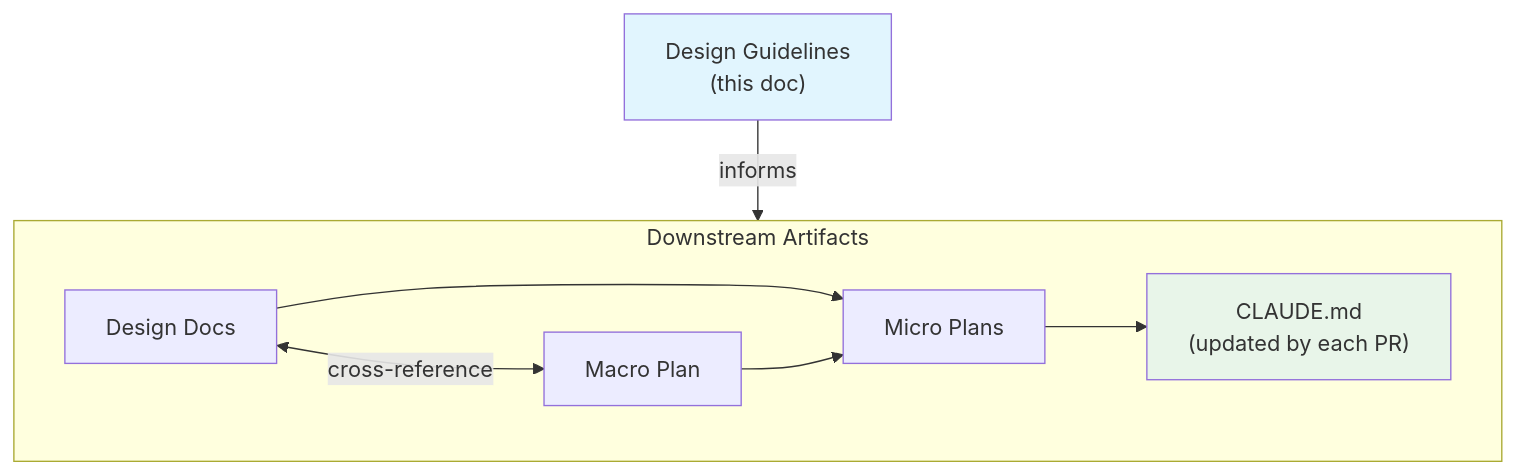
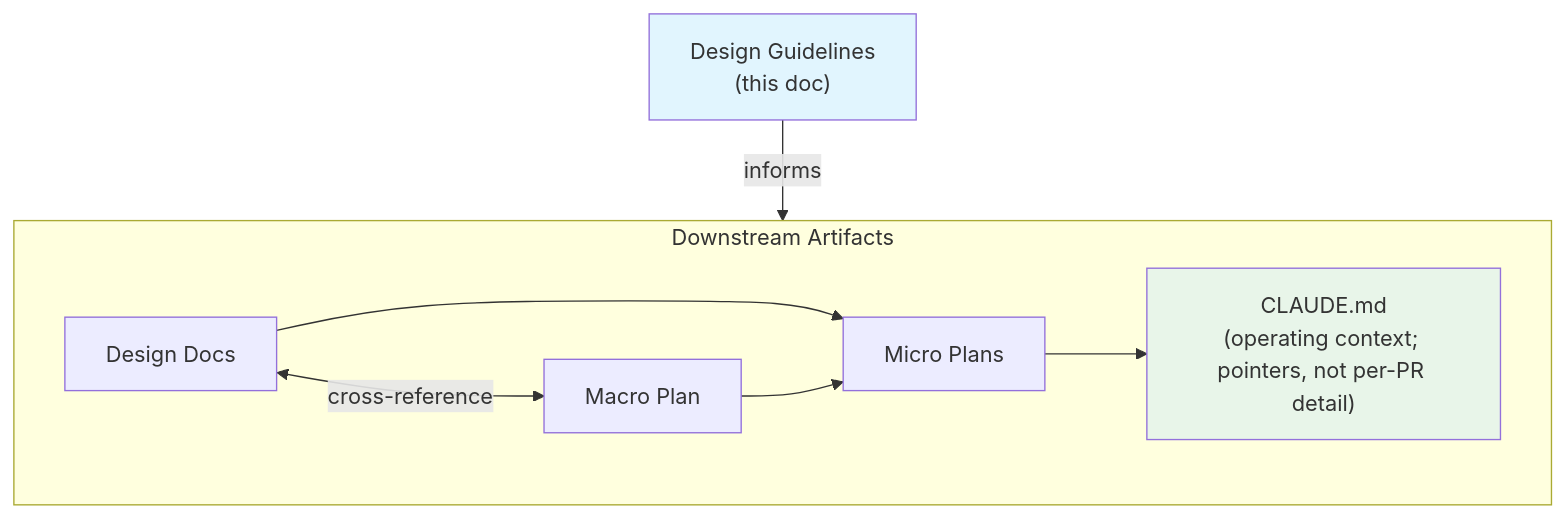
One commit to inference-sim/inference-sim changed the first of 2 diagrams in docs/contributing/templates/design-guidelines.md. Above: the diagram before and after it, drawn with Mermaid. The commit also changed other lines of this file and 13 other files, not shown here.

First line of the commit message:
docs(claude): shrink CLAUDE.md to operating-context minimum + guard regrowth (#1825)

````diff
--- a/docs/contributing/templates/design-guidelines.md
+++ b/docs/contributing/templates/design-guidelines.md
@@ -25,14 +25,14 @@
 ```mermaid
 flowchart TD
     DG["Design Guidelines<br/>(this doc)"] -->|informs| Downstream
 
     subgraph Downstream ["Downstream Artifacts"]
         DD["Design Docs"] <-->|cross-reference| MP["Macro Plan"]
         DD --> MiP["Micro Plans"]
         MP --> MiP
-        MiP --> CM["CLAUDE.md<br/>(updated by each PR)"]
+        MiP --> CM["CLAUDE.md<br/>(operating context; pointers, not per-PR detail)"]
     end
 
     style DG fill:#e1f5fe
     style CM fill:#e8f5e9
 ```
````
